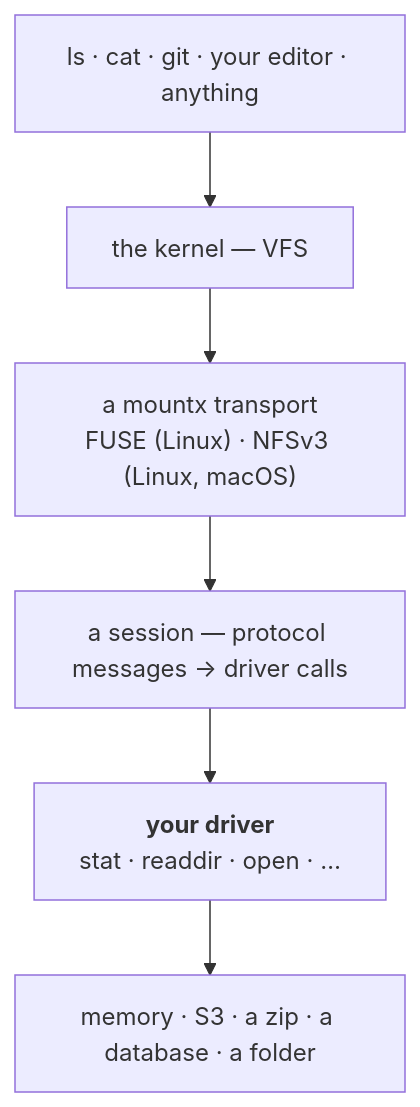
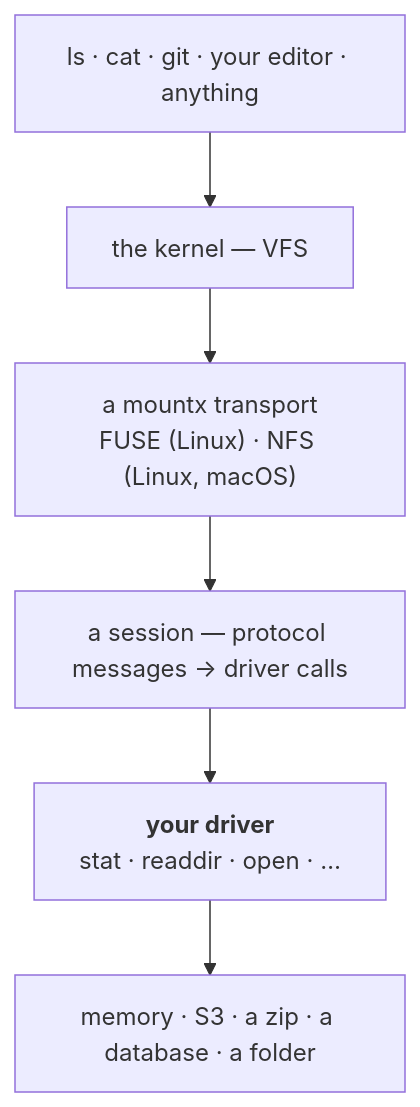
Before and after one commit to pithings/mountx: the diagram in docs/1.guide/0.index.md, drawn with Mermaid. The commit also changed other lines of this file and 13 other files, not shown here.

````diff
--- a/docs/1.guide/0.index.md
+++ b/docs/1.guide/0.index.md
@@ -36,14 +36,14 @@
 ```mermaid
 graph TB
   progs["ls · cat · git · your editor · anything"]
   kernel["the kernel — VFS"]
-  transport["a mountx transport<br/>FUSE (Linux) · NFSv3 (Linux, macOS)"]
+  transport["a mountx transport<br/>FUSE (Linux) · NFS (Linux, macOS)"]
   session["a session — protocol messages → driver calls"]
   driver["<b>your driver</b><br/>stat · readdir · open · …"]
   store["memory · S3 · a zip · a database · a folder"]
   progs --> kernel
   kernel --> transport
   transport --> session
   session --> driver
   driver --> store
 ```
````
